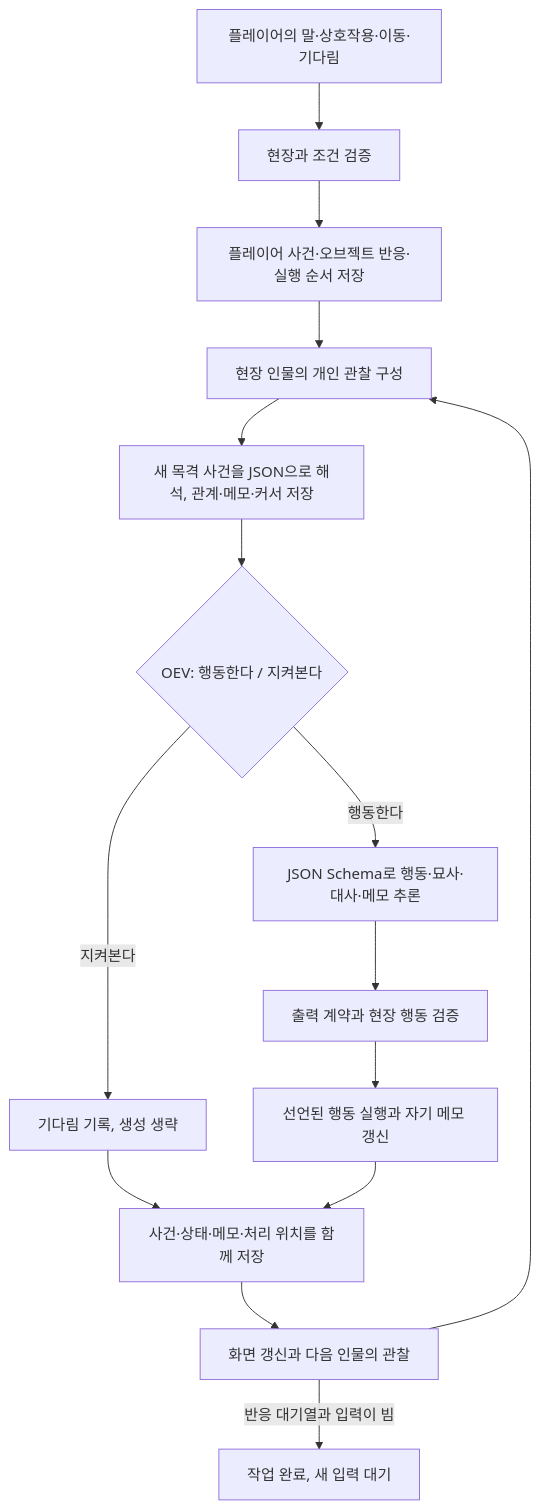
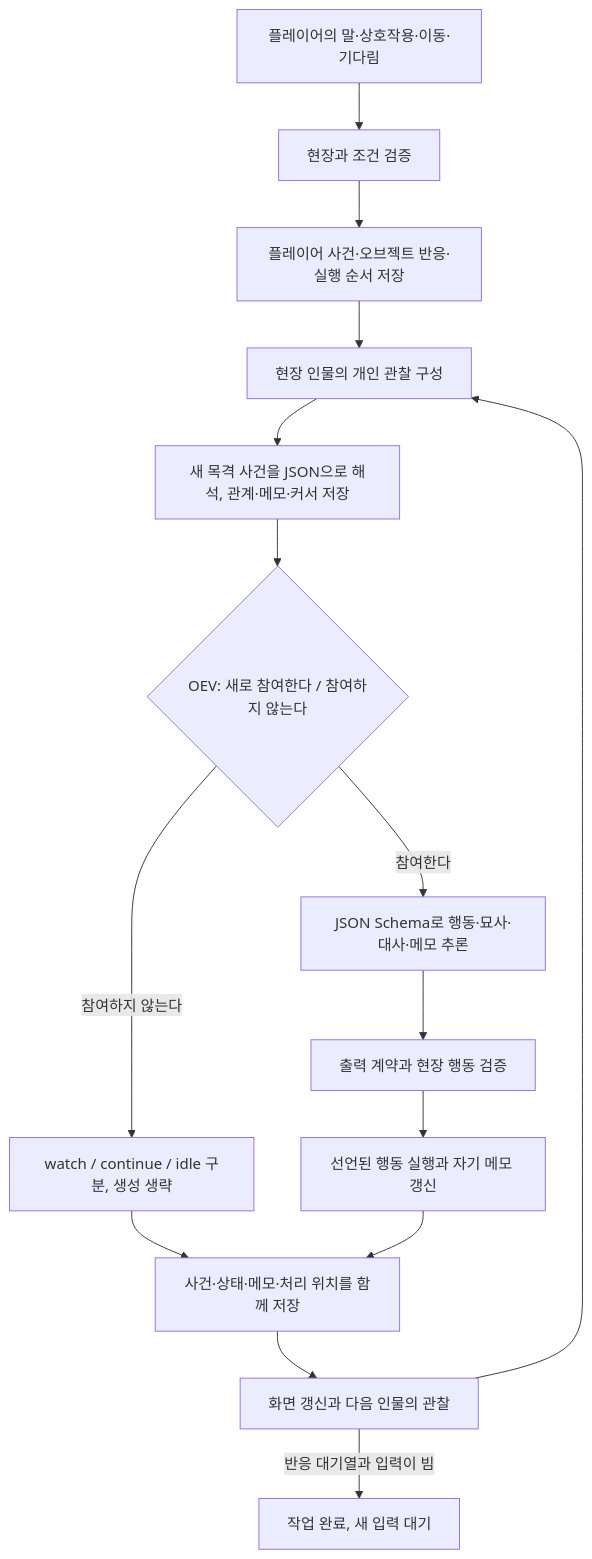
The diagram in docs/PRODUCT.md (snowmerak/newera), drawn with Mermaid before and after one commit. The commit also changed other lines of this file and 23 other files, not shown here.

````diff
--- a/docs/PRODUCT.md
+++ b/docs/PRODUCT.md
@@ -27,17 +27,17 @@
 ```mermaid
 flowchart TD
   P[플레이어의 말·상호작용·이동·기다림] --> V[현장과 조건 검증]
   V --> E[플레이어 사건·오브젝트 반응·실행 순서 저장]
   E --> O[현장 인물의 개인 관찰 구성]
   O --> F[새 목격 사건을 JSON으로 해석, 관계·메모·커서 저장]
-  F --> D{OEV: 행동한다 / 지켜본다}
-  D -->|지켜본다| W[기다림 기록, 생성 생략]
-  D -->|행동한다| S[JSON Schema로 행동·묘사·대사·메모 추론]
+  F --> D{OEV: 새로 참여한다 / 참여하지 않는다}
+  D -->|참여하지 않는다| W[watch / continue / idle 구분, 생성 생략]
+  D -->|참여한다| S[JSON Schema로 행동·묘사·대사·메모 추론]
   S --> V2[출력 계약과 현장 행동 검증]
   V2 --> R[선언된 행동 실행과 자기 메모 갱신]
   W --> C[사건·상태·메모·처리 위치를 함께 저장]
   R --> C
   C --> N[화면 갱신과 다음 인물의 관찰]
   N --> O
   N -->|반응 대기열과 입력이 빔| J[작업 완료, 새 입력 대기]
 ```
````
